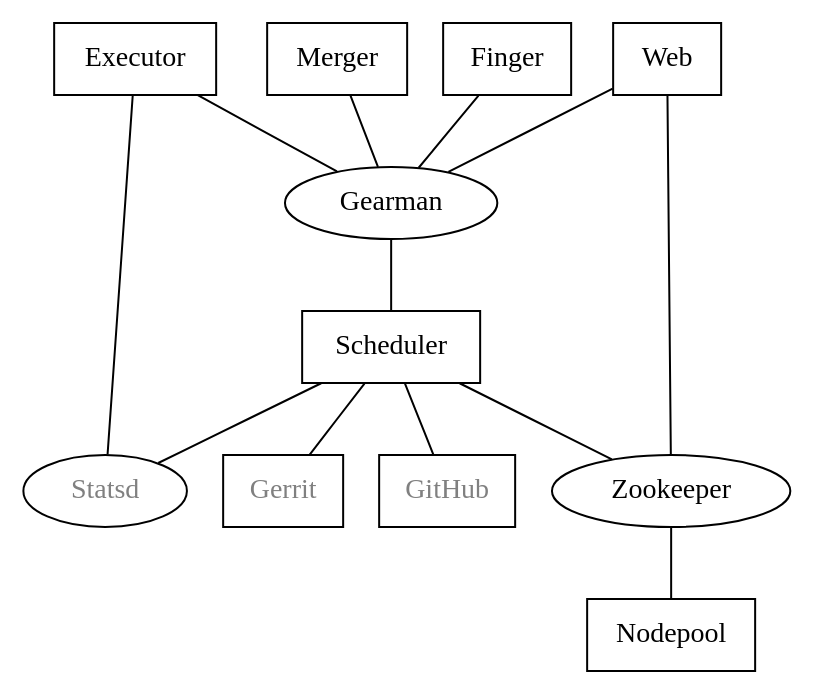
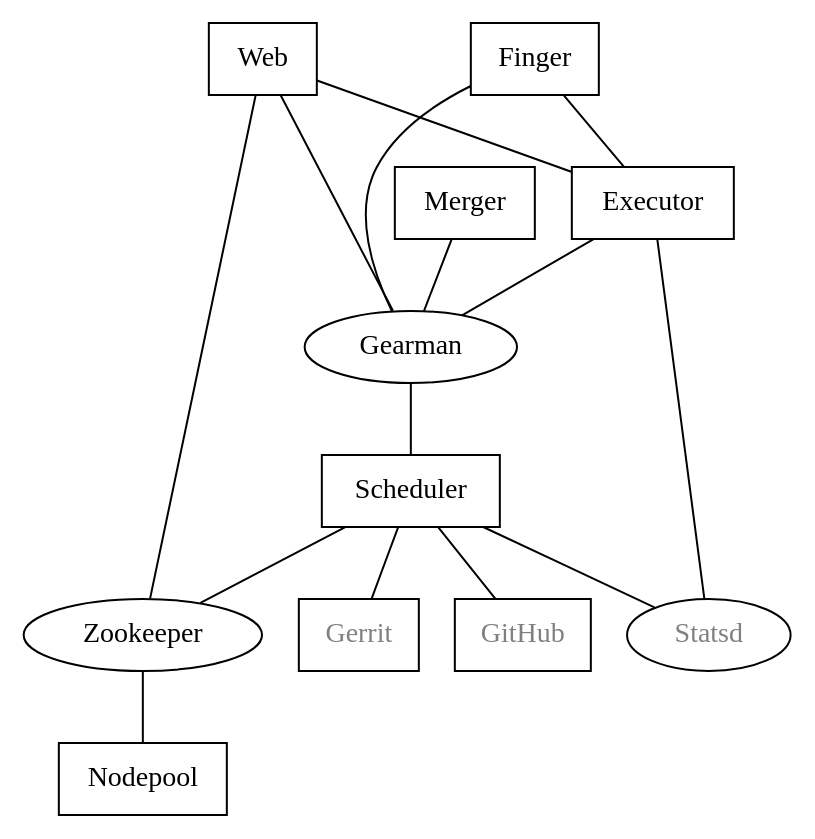
Before and after one commit to openstack-infra/zuul: the diagram in doc/source/admin/components.rst, drawn with Graphviz. The commit also changed other lines of this file, not shown here.

First line of the commit message:
Add web / fingergw connections for components graph

```diff
--- a/doc/source/admin/components.rst
+++ b/doc/source/admin/components.rst
@@ -11,26 +11,28 @@
 .. graphviz::
    :align: center
 
    graph  {
       node [shape=box]
       Gearman [shape=ellipse]
       Gerrit [fontcolor=grey]
       Statsd [shape=ellipse fontcolor=grey]
       Zookeeper [shape=ellipse]
       Nodepool
       GitHub [fontcolor=grey]
 
       Merger -- Gearman
       Executor -- Gearman
       Executor -- Statsd
       Web -- Gearman
       Web -- Zookeeper
+      Web -- Executor
       Finger -- Gearman
+      Finger -- Executor
 
       Gearman -- Scheduler;
       Scheduler -- Gerrit;
       Scheduler -- Zookeeper;
       Zookeeper -- Nodepool;
       Scheduler -- GitHub;
       Scheduler -- Statsd;
    }
```
